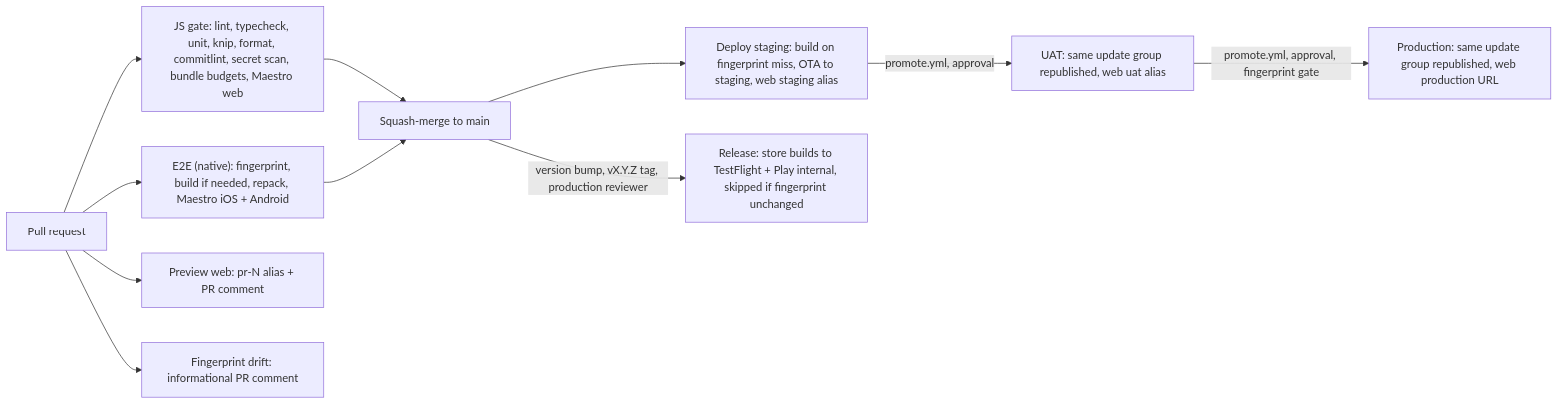
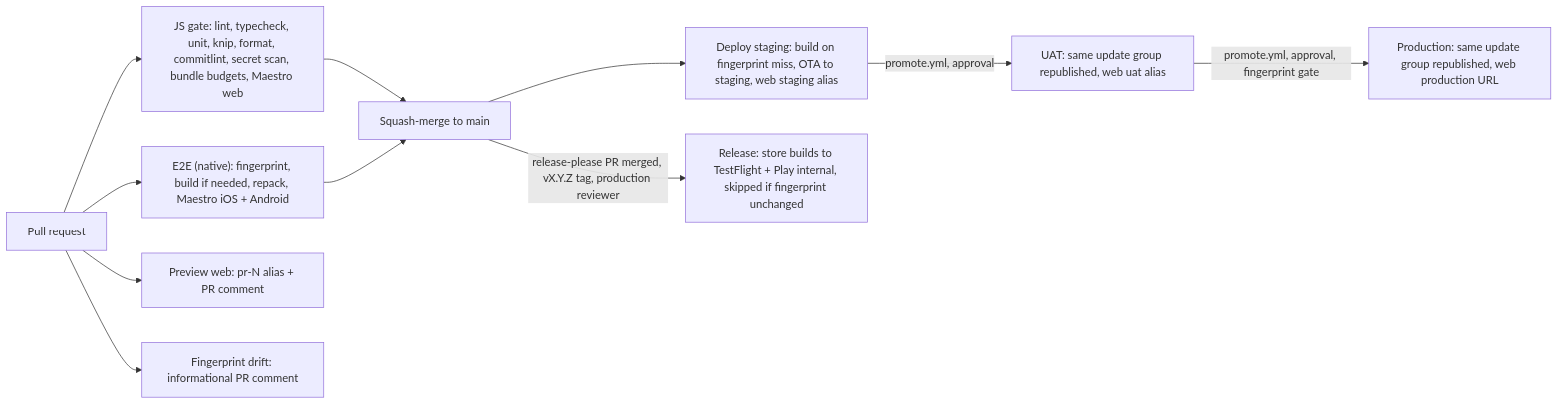
The diagram in README.md (seandillon1224/expo-boilerplate), drawn with Mermaid before and after one commit. The commit also changed other lines of this file and 5 other files, not shown here.

First line of the commit message:
docs: replace hand-bump-and-tag instructions with the release-please flow (#189)

````diff
--- a/README.md
+++ b/README.md
@@ -37,13 +37,13 @@
 ```mermaid
 flowchart LR
   PR["Pull request"] --> GATE["JS gate: lint, typecheck, unit, knip, format, commitlint, secret scan, bundle budgets, Maestro web"]
   PR --> E2E["E2E (native): fingerprint, build if needed, repack, Maestro iOS + Android"]
   PR --> PREVIEW["Preview web: pr-N alias + PR comment"]
   PR --> DRIFT["Fingerprint drift: informational PR comment"]
   GATE --> MERGE["Squash-merge to main"]
   E2E --> MERGE
   MERGE --> STAGING["Deploy staging: build on fingerprint miss, OTA to staging, web staging alias"]
   STAGING -->|"promote.yml, approval"| UAT["UAT: same update group republished, web uat alias"]
   UAT -->|"promote.yml, approval, fingerprint gate"| PROD["Production: same update group republished, web production URL"]
-  MERGE -->|"version bump, vX.Y.Z tag, production reviewer"| RELEASE["Release: store builds to TestFlight + Play internal, skipped if fingerprint unchanged"]
+  MERGE -->|"release-please PR merged, vX.Y.Z tag, production reviewer"| RELEASE["Release: store builds to TestFlight + Play internal, skipped if fingerprint unchanged"]
 ```
````
